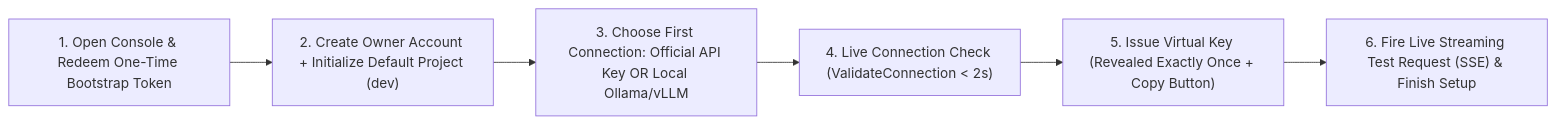
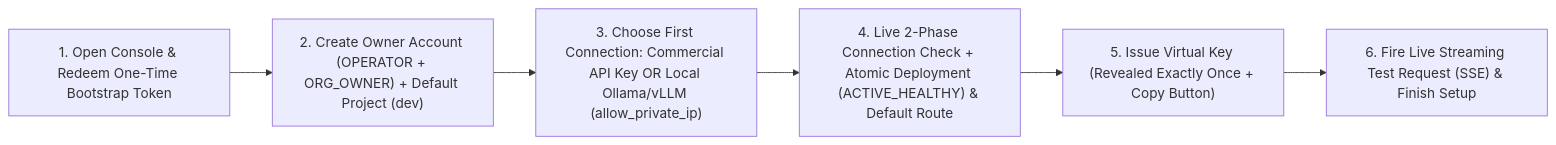
Before and after one commit to nguywnben/tanpopo: the first of 3 diagrams in docs/ux/user-flows.md, drawn with Mermaid. The commit also changed other lines of this file and 70 other files, not shown here.

````diff
--- a/docs/ux/user-flows.md
+++ b/docs/ux/user-flows.md
@@ -22,8 +22,8 @@
 ```mermaid
 flowchart LR
-    S1["1. Open Console & Redeem One-Time Bootstrap Token"] --> S2["2. Create Owner Account + Initialize Default Project (dev)"]
-    S2 --> S3["3. Choose First Connection: Official API Key OR Local Ollama/vLLM"]
-    S3 --> S4["4. Live Connection Check (ValidateConnection < 2s)"]
+    S1["1. Open Console & Redeem One-Time Bootstrap Token"] --> S2["2. Create Owner Account (OPERATOR + ORG_OWNER) + Default Project (dev)"]
+    S2 --> S3["3. Choose First Connection: Commercial API Key OR Local Ollama/vLLM (allow_private_ip)"]
+    S3 --> S4["4. Live 2-Phase Connection Check + Atomic Deployment (ACTIVE_HEALTHY) & Default Route"]
     S4 --> S5["5. Issue Virtual Key (Revealed Exactly Once + Copy Button)"]
     S5 --> S6["6. Fire Live Streaming Test Request (SSE) & Finish Setup"]
 ```
````
